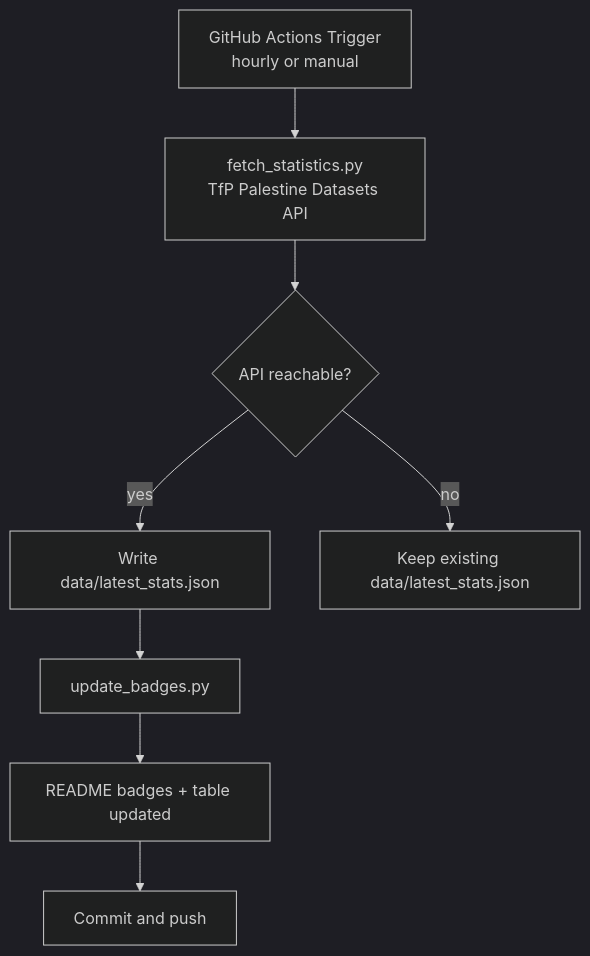
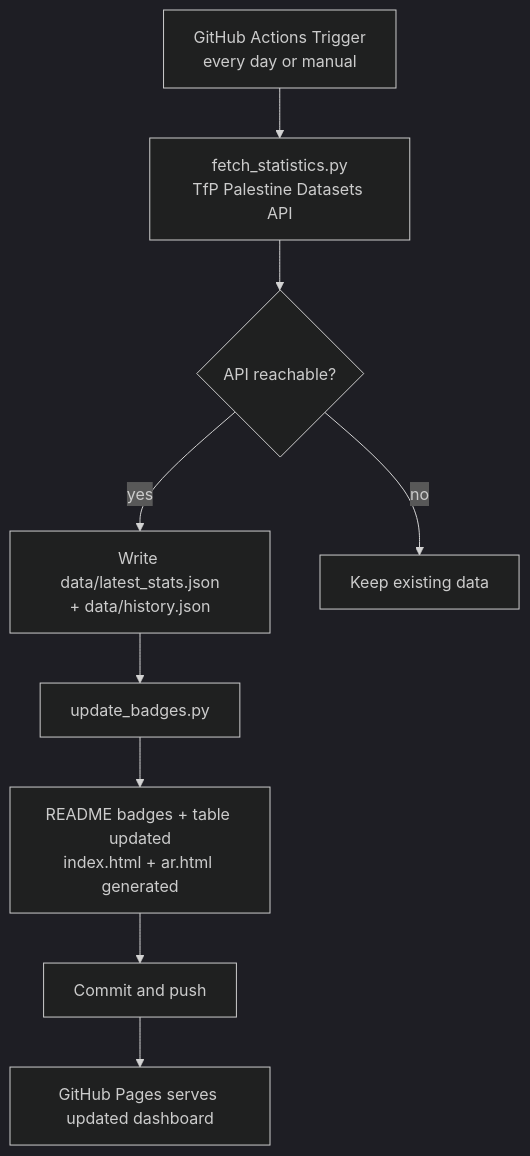
One commit to SharifDer/Gaza-Genocide changed the diagram in PROJECT_STRUCTURE.md. Above: the diagram before and after it, drawn with Mermaid (dark theme). The commit also changed other lines of this file and 17 other files, not shown here.

First line of the commit message:
Add bilingual live dashboard, data history, and SEO/GEO support

````diff
--- a/PROJECT_STRUCTURE.md
+++ b/PROJECT_STRUCTURE.md
@@ -118,10 +163,11 @@
 ```mermaid
 graph TD
-    A[GitHub Actions Trigger<br/>hourly or manual] --> B[fetch_statistics.py<br/>TfP Palestine Datasets API]
+    A[GitHub Actions Trigger<br/>every day or manual] --> B[fetch_statistics.py<br/>TfP Palestine Datasets API]
     B --> C{API reachable?}
-    C -->|yes| D[Write data/latest_stats.json]
-    C -->|no| E[Keep existing data/latest_stats.json]
+    C -->|yes| D[Write data/latest_stats.json<br/>+ data/history.json]
+    C -->|no| E[Keep existing data]
     D --> F[update_badges.py]
-    F --> G[README badges + table updated]
+    F --> G[README badges + table updated<br/>index.html + ar.html generated]
     G --> H[Commit and push]
+    H --> I[GitHub Pages serves updated dashboard]
 ```
````
